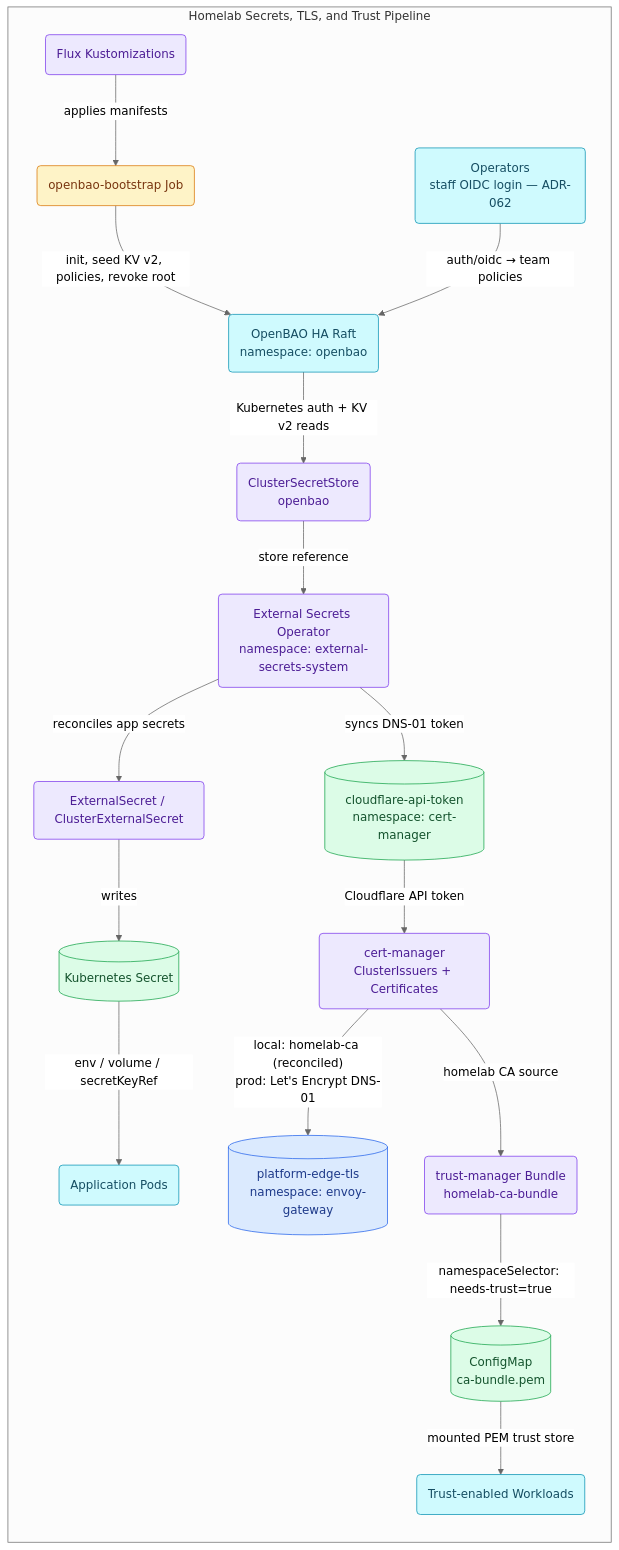
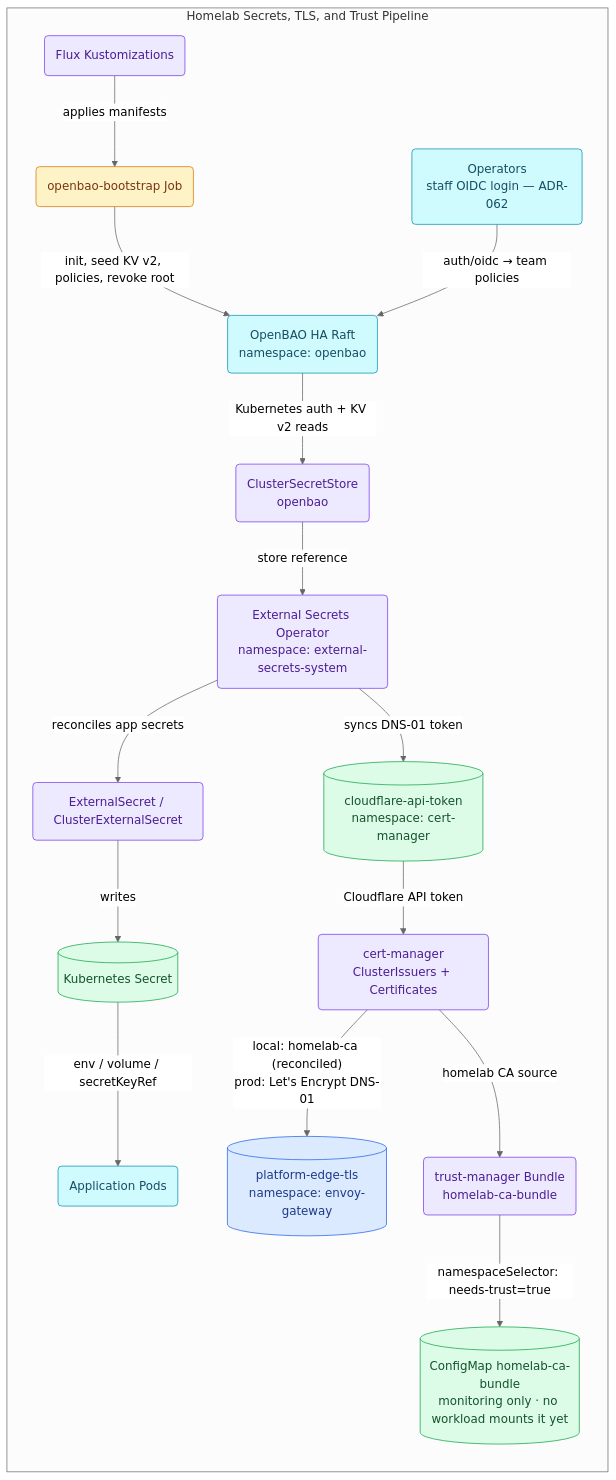
One commit to duynhlab/homelab changed the first of 3 diagrams in docs/secrets/README.md. Above: the diagram before and after it, drawn with Mermaid (neutral theme). The commit also changed other lines of this file and 4 other files, not shown here.

First line of the commit message:
fix(docs): correct what the #1115 diagram review found

````diff
--- a/docs/secrets/README.md
+++ b/docs/secrets/README.md
@@ -51,45 +51,43 @@
 ```mermaid
 graph TD
 subgraph homelab["Homelab Secrets, TLS, and Trust Pipeline"]
     direction TB
     flux(Flux Kustomizations):::platform
     bootstrap(openbao-bootstrap Job):::worker
     bao(OpenBAO HA Raft<br/>namespace: openbao):::service
     css(ClusterSecretStore<br/>openbao):::platform
     eso(External Secrets Operator<br/>namespace: external-secrets-system):::platform
     es(ExternalSecret / ClusterExternalSecret):::platform
     k8ssecret[(Kubernetes Secret)]:::data
     apps(Application Pods):::service
     cfsecret[(cloudflare-api-token<br/>namespace: cert-manager)]:::data
     cm(cert-manager<br/>ClusterIssuers + Certificates):::platform
     edgecert[(platform-edge-tls<br/>namespace: envoy-gateway)]:::edge
     tm(trust-manager Bundle<br/>homelab-ca-bundle):::platform
-    cabundle[(ConfigMap<br/>ca-bundle.pem)]:::data
-    trusted(Trust-enabled Workloads):::service
+    cabundle[(ConfigMap homelab-ca-bundle<br/>monitoring only · no workload mounts it yet)]:::data
 
     staff(Operators<br/>staff OIDC login — ADR-062):::service
 
     flux -->|"applies manifests"| bootstrap
     bootstrap -->|"init, seed KV v2, policies, revoke root"| bao
     staff -->|"auth/oidc → team policies"| bao
     bao -->|"Kubernetes auth + KV v2 reads"| css
     css -->|"store reference"| eso
     eso -->|"reconciles app secrets"| es
     es -->|"writes"| k8ssecret
     k8ssecret -->|"env / volume / secretKeyRef"| apps
     eso -->|"syncs DNS-01 token"| cfsecret
     cfsecret -->|"Cloudflare API token"| cm
     cm -->|"local: homelab-ca (reconciled)<br/>prod: Let's Encrypt DNS-01"| edgecert
     cm -->|"homelab CA source"| tm
     tm -->|"namespaceSelector: needs-trust=true"| cabundle
-    cabundle -->|"mounted PEM trust store"| trusted
 end
 
 classDef edge fill:#dbeafe,color:#1e3a8a,stroke:#2563eb;
 classDef service fill:#cffafe,color:#164e63,stroke:#0891b2;
 classDef worker fill:#fef3c7,color:#78350f,stroke:#d97706;
 classDef platform fill:#ede9fe,color:#4c1d95,stroke:#7c3aed;
 classDef data fill:#dcfce7,color:#14532d,stroke:#16a34a;
 classDef external fill:#f1f5f9,color:#334155,stroke:#64748b;
 classDef planned fill:#fff,color:#475569,stroke:#64748b,stroke-dasharray:5 5;
 ```
````
